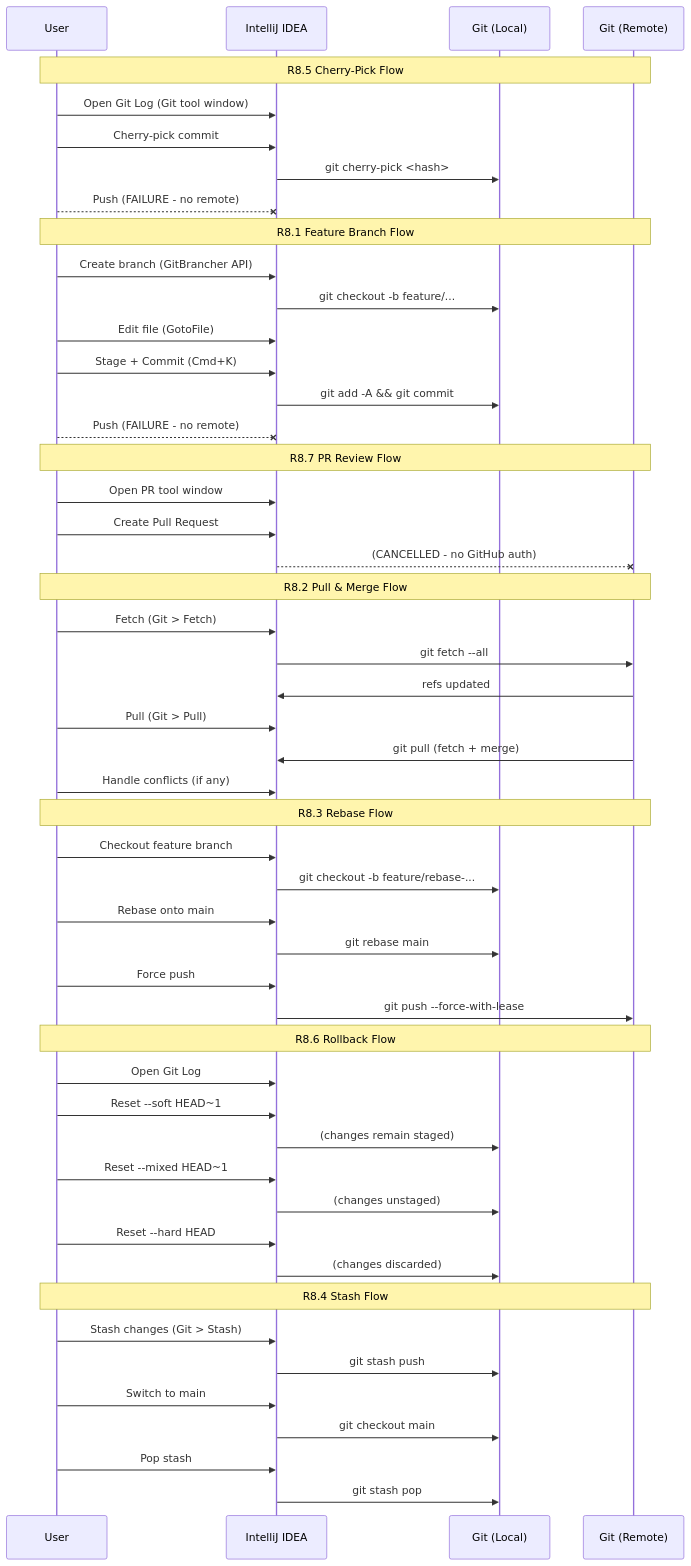
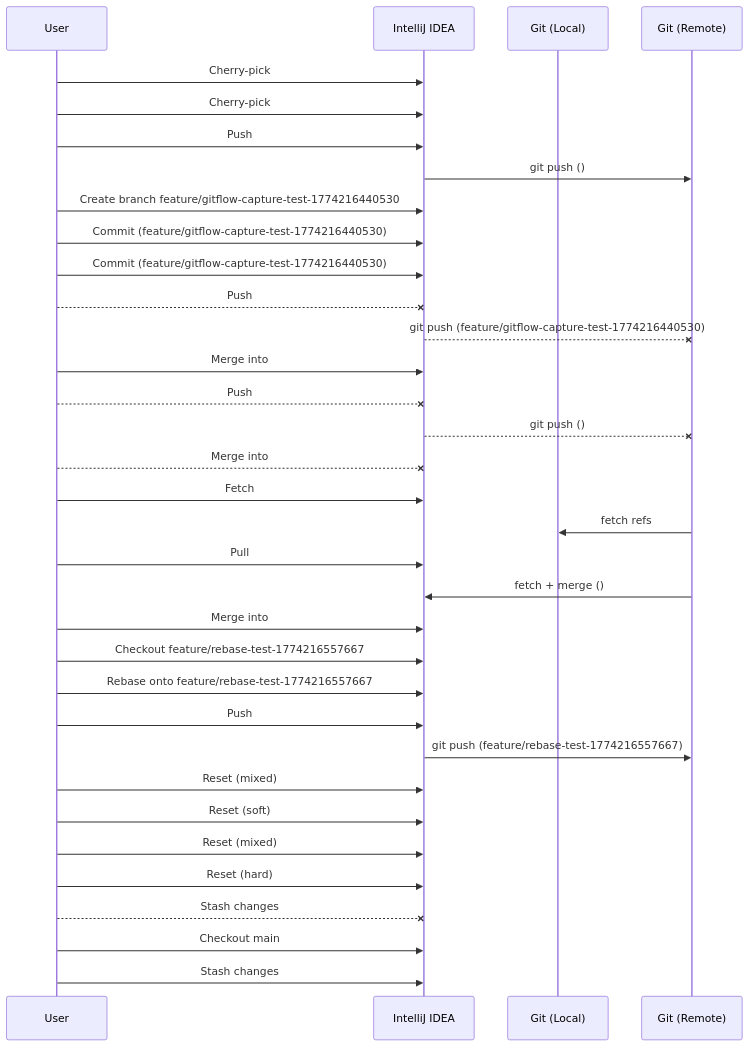
One commit to evgeny-trushin/intellij-idea.trushin.vip changed the diagram in use-case-report.md. Above: the diagram before and after it, drawn with Mermaid. The commit also changed other lines of this file and 133 other files, not shown here.

Commit message:
test: GitFlow capture test commit

````diff
--- a/use-case-report.md
+++ b/use-case-report.md
@@ -788,59 +353,37 @@
 ```mermaid
 sequenceDiagram
     participant User
     participant IDE as IntelliJ IDEA
     participant Git as Git (Local)
     participant Remote as Git (Remote)
 
-    Note over User,Remote: R8.5 Cherry-Pick Flow
-    User->>IDE: Open Git Log (Git tool window)
-    User->>IDE: Cherry-pick commit
-    IDE->>Git: git cherry-pick <hash>
-    User--xIDE: Push (FAILURE - no remote)
-
-    Note over User,Remote: R8.1 Feature Branch Flow
-    User->>IDE: Create branch (GitBrancher API)
-    IDE->>Git: git checkout -b feature/...
-    User->>IDE: Edit file (GotoFile)
-    User->>IDE: Stage + Commit (Cmd+K)
-    IDE->>Git: git add -A && git commit
-    User--xIDE: Push (FAILURE - no remote)
-
-    Note over User,Remote: R8.7 PR Review Flow
-    User->>IDE: Open PR tool window
-    User->>IDE: Create Pull Request
-    IDE--xRemote: (CANCELLED - no GitHub auth)
-
-    Note over User,Remote: R8.2 Pull & Merge Flow
-    User->>IDE: Fetch (Git > Fetch)
-    IDE->>Remote: git fetch --all
-    Remote->>IDE: refs updated
-    User->>IDE: Pull (Git > Pull)
-    Remote->>IDE: git pull (fetch + merge)
-    User->>IDE: Handle conflicts (if any)
-
-    Note over User,Remote: R8.3 Rebase Flow
-    User->>IDE: Checkout feature branch
-    IDE->>Git: git checkout -b feature/rebase-...
-    User->>IDE: Rebase onto main
-    IDE->>Git: git rebase main
-    User->>IDE: Force push
-    IDE->>Remote: git push --force-with-lease
-
-    Note over User,Remote: R8.6 Rollback Flow
-    User->>IDE: Open Git Log
-    User->>IDE: Reset --soft HEAD~1
-    IDE->>Git: (changes remain staged)
-    User->>IDE: Reset --mixed HEAD~1
-    IDE->>Git: (changes unstaged)
-    User->>IDE: Reset --hard HEAD
-    IDE->>Git: (changes discarded)
-
-    Note over User,Remote: R8.4 Stash Flow
-    User->>IDE: Stash changes (Git > Stash)
-    IDE->>Git: git stash push
-    User->>IDE: Switch to main
-    IDE->>Git: git checkout main
-    User->>IDE: Pop stash
-    IDE->>Git: git stash pop
+    User->>IDE: Cherry-pick 
+    User->>IDE: Cherry-pick 
+    User->>IDE: Push
+    IDE->>Remote: git push ()
+    User->>IDE: Create branch feature/gitflow-capture-test-1774216440530
+    User->>IDE: Commit (feature/gitflow-capture-test-1774216440530)
+    User->>IDE: Commit (feature/gitflow-capture-test-1774216440530)
+    User--xIDE: Push
+    IDE--xRemote: git push (feature/gitflow-capture-test-1774216440530)
+    User->>IDE: Merge into 
+    User--xIDE: Push
+    IDE--xRemote: git push ()
+    User--xIDE: Merge into 
+    User->>IDE: Fetch
+    Remote->>Git: fetch refs
+    User->>IDE: Pull
+    Remote->>IDE: fetch + merge ()
+    User->>IDE: Merge into 
+    User->>IDE: Checkout feature/rebase-test-1774216557667
+    User->>IDE: Rebase onto feature/rebase-test-1774216557667
+    User->>IDE: Push
+    IDE->>Remote: git push (feature/rebase-test-1774216557667)
+    User->>IDE: Reset (mixed)
+    User->>IDE: Reset (soft)
+    User->>IDE: Reset (mixed)
+    User->>IDE: Reset (hard)
+    User--xIDE: Stash changes
+    User->>IDE: Checkout main
+    User->>IDE: Stash changes
 ```
````
